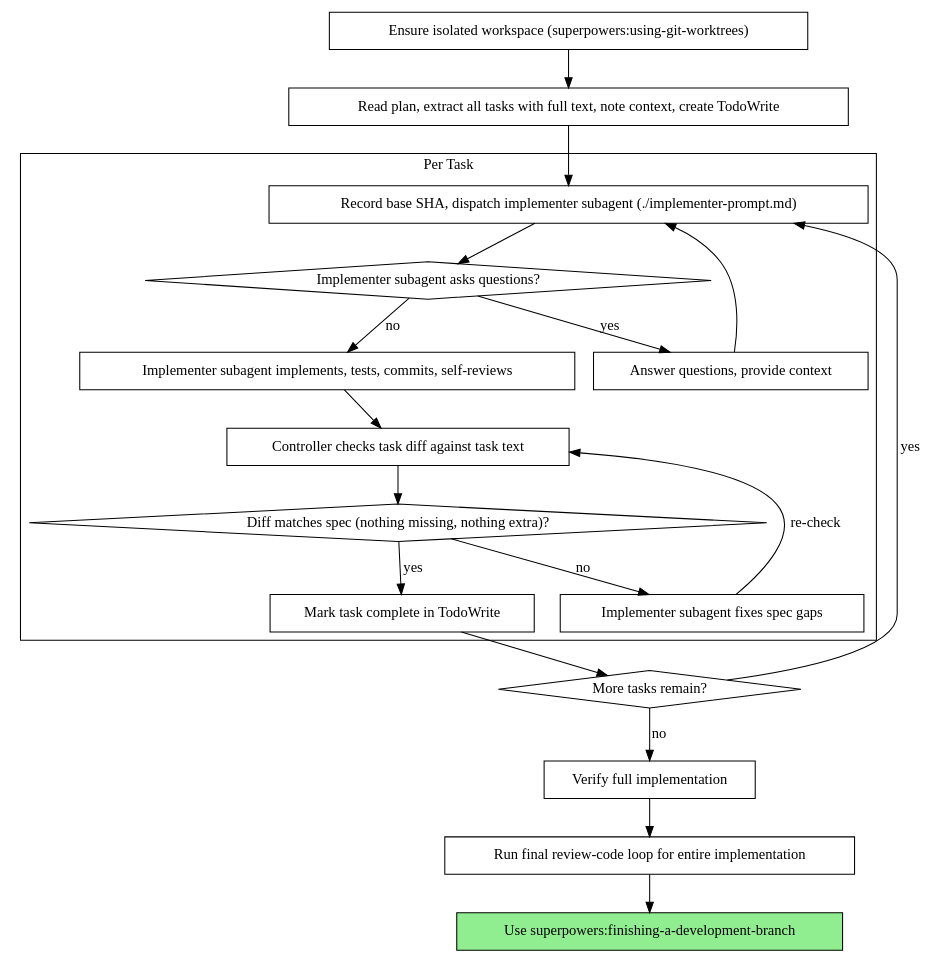
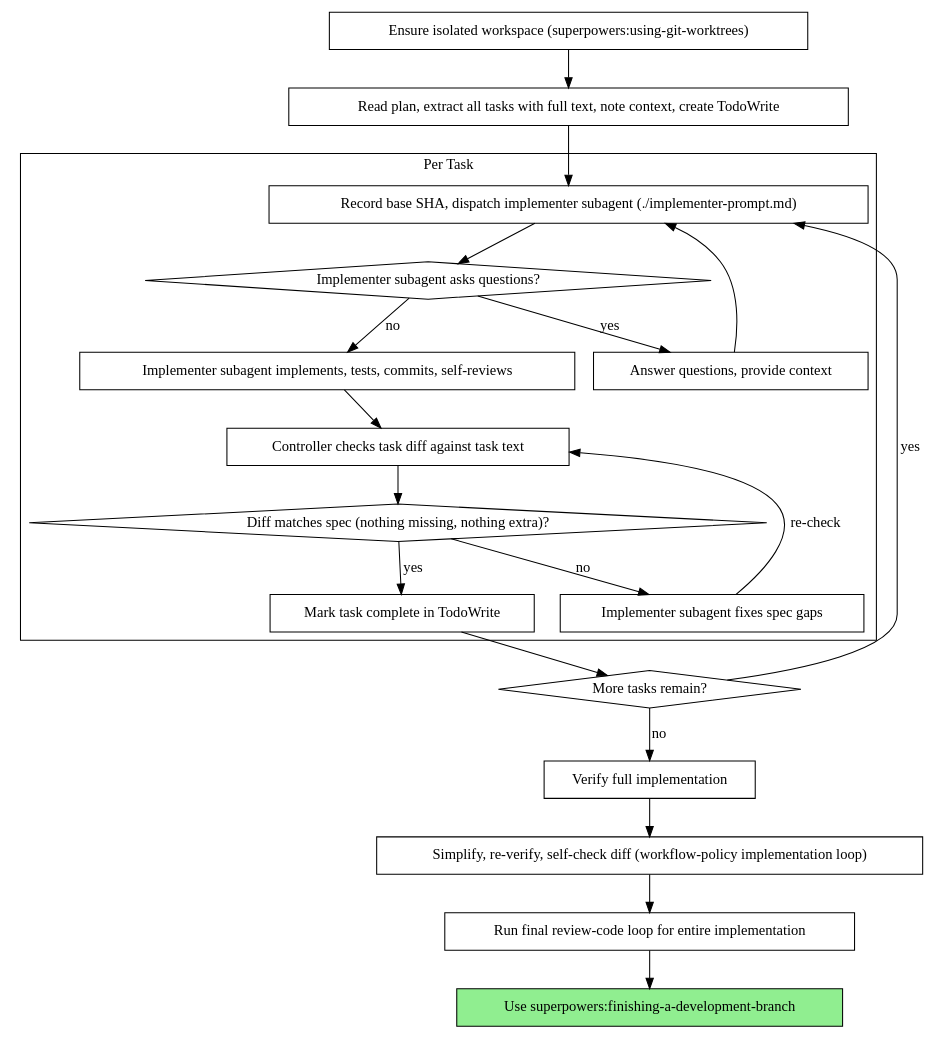
Before and after one commit to henrybzhang/superpowers-local: the second of 2 diagrams in skills/subagent-driven-development/SKILL.md, drawn with Graphviz. The commit also changed other lines of this file and 1 other file, not shown here.

First line of the commit message:
fix(sdd): ledger exclude preflight, pre-review gates, routed dispatch

````diff
--- a/skills/subagent-driven-development/SKILL.md
+++ b/skills/subagent-driven-development/SKILL.md
@@ -51,42 +51,44 @@
 ```dot
 digraph process {
     rankdir=TB;
 
     "Ensure isolated workspace (superpowers:using-git-worktrees)" [shape=box];
 
     subgraph cluster_per_task {
         label="Per Task";
         "Record base SHA, dispatch implementer subagent (./implementer-prompt.md)" [shape=box];
         "Implementer subagent asks questions?" [shape=diamond];
         "Answer questions, provide context" [shape=box];
         "Implementer subagent implements, tests, commits, self-reviews" [shape=box];
         "Controller checks task diff against task text" [shape=box];
         "Diff matches spec (nothing missing, nothing extra)?" [shape=diamond];
         "Implementer subagent fixes spec gaps" [shape=box];
         "Mark task complete in TodoWrite" [shape=box];
     }
 
     "Read plan, extract all tasks with full text, note context, create TodoWrite" [shape=box];
     "More tasks remain?" [shape=diamond];
     "Verify full implementation" [shape=box];
+    "Simplify, re-verify, self-check diff (workflow-policy implementation loop)" [shape=box];
     "Run final review-code loop for entire implementation" [shape=box];
     "Use superpowers:finishing-a-development-branch" [shape=box style=filled fillcolor=lightgreen];
 
     "Ensure isolated workspace (superpowers:using-git-worktrees)" -> "Read plan, extract all tasks with full text, note context, create TodoWrite";
     "Read plan, extract all tasks with full text, note context, create TodoWrite" -> "Record base SHA, dispatch implementer subagent (./implementer-prompt.md)";
     "Record base SHA, dispatch implementer subagent (./implementer-prompt.md)" -> "Implementer subagent asks questions?";
     "Implementer subagent asks questions?" -> "Answer questions, provide context" [label="yes"];
     "Answer questions, provide context" -> "Record base SHA, dispatch implementer subagent (./implementer-prompt.md)";
     "Implementer subagent asks questions?" -> "Implementer subagent implements, tests, commits, self-reviews" [label="no"];
     "Implementer subagent implements, tests, commits, self-reviews" -> "Controller checks task diff against task text";
     "Controller checks task diff against task text" -> "Diff matches spec (nothing missing, nothing extra)?";
     "Diff matches spec (nothing missing, nothing extra)?" -> "Implementer subagent fixes spec gaps" [label="no"];
     "Implementer subagent fixes spec gaps" -> "Controller checks task diff against task text" [label="re-check"];
     "Diff matches spec (nothing missing, nothing extra)?" -> "Mark task complete in TodoWrite" [label="yes"];
     "Mark task complete in TodoWrite" -> "More tasks remain?";
     "More tasks remain?" -> "Record base SHA, dispatch implementer subagent (./implementer-prompt.md)" [label="yes"];
     "More tasks remain?" -> "Verify full implementation" [label="no"];
-    "Verify full implementation" -> "Run final review-code loop for entire implementation";
+    "Verify full implementation" -> "Simplify, re-verify, self-check diff (workflow-policy implementation loop)";
+    "Simplify, re-verify, self-check diff (workflow-policy implementation loop)" -> "Run final review-code loop for entire implementation";
     "Run final review-code loop for entire implementation" -> "Use superpowers:finishing-a-development-branch";
 }
 ```
````
